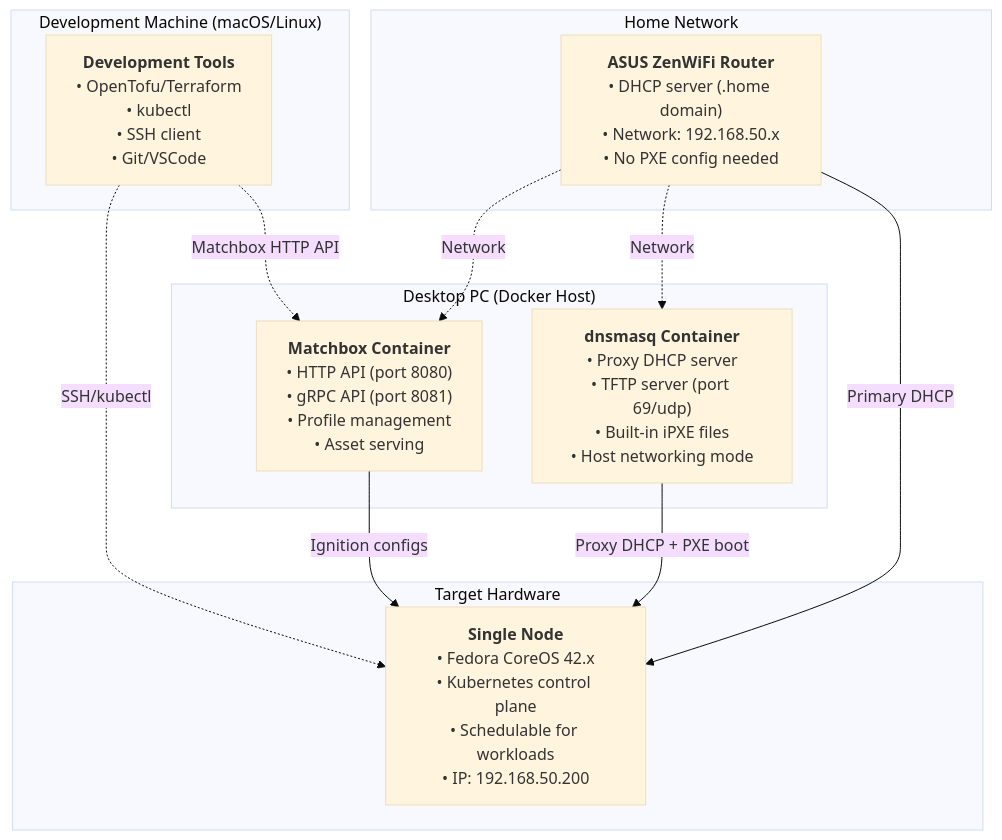
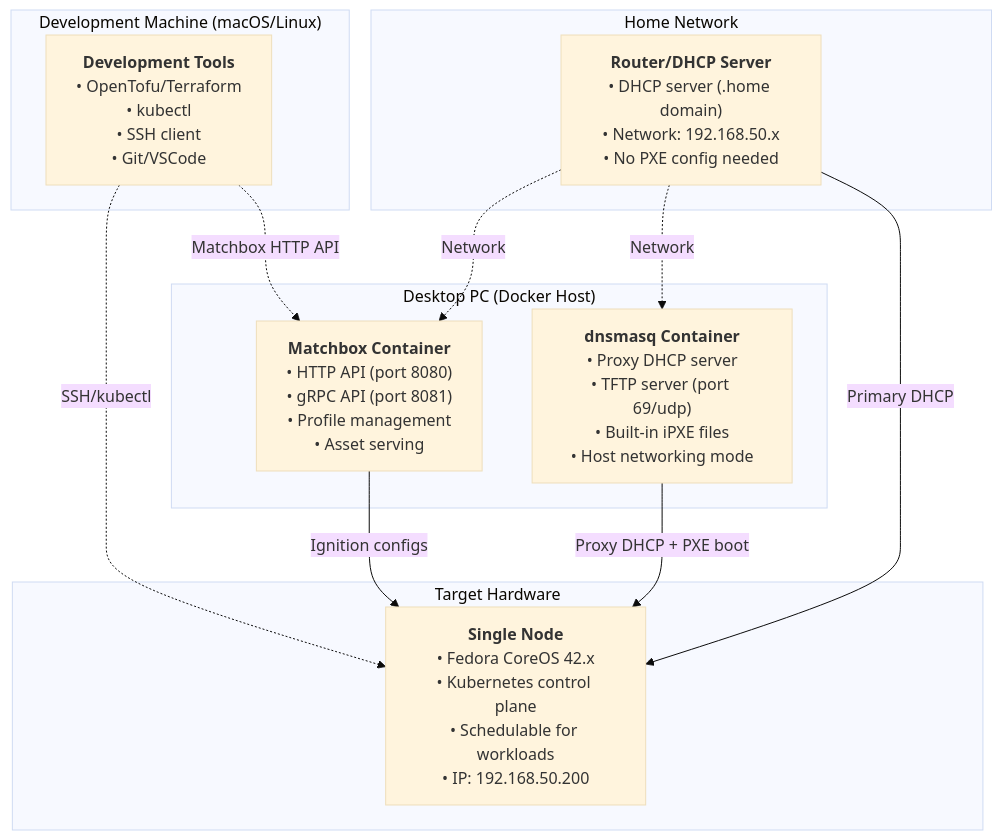
Before and after one commit to lancehampton/typhoon-homelab: the diagram in README.md, drawn with Mermaid (base theme). The commit also changed other lines of this file and 4 other files, not shown here.

````diff
--- a/README.md
+++ b/README.md
@@ -18,46 +18,46 @@
 ```mermaid
 graph TB
     subgraph "Development Machine (macOS/Linux)"
         DEV["`**Development Tools**
         • OpenTofu/Terraform
         • kubectl
         • SSH client
         • Git/VSCode`"]
     end
 
     subgraph "Desktop PC (Docker Host)"
         MATCHBOX["`**Matchbox Container**
         • HTTP API (port 8080)
         • gRPC API (port 8081)
         • Profile management
         • Asset serving`"]
         DNSMASQ["`**dnsmasq Container**
         • Proxy DHCP server
         • TFTP server (port 69/udp)
         • Built-in iPXE files
         • Host networking mode`"]
     end
 
     subgraph "Target Hardware"
         NODE["`**Single Node**
         • Fedora CoreOS 42.x
         • Kubernetes control plane
         • Schedulable for workloads
         • IP: 192.168.50.200`"]
     end
 
     subgraph "Home Network"
-        ROUTER["`**ASUS ZenWiFi Router**
+        ROUTER["`**Router/DHCP Server**
         • DHCP server (.home domain)
         • Network: 192.168.50.x
         • No PXE config needed`"]
     end
 
     DEV -.->|SSH/kubectl| NODE
     DEV -.->|Matchbox HTTP API| MATCHBOX
     MATCHBOX -->|Ignition configs| NODE
     DNSMASQ -->|Proxy DHCP + PXE boot| NODE
     ROUTER -->|Primary DHCP| NODE
     ROUTER -.->|Network| MATCHBOX
     ROUTER -.->|Network| DNSMASQ
 ```
````
